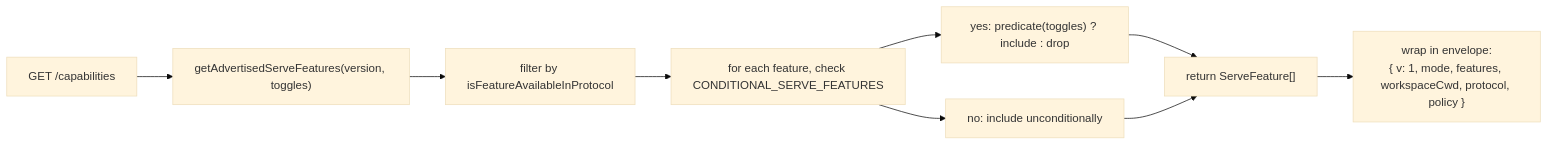
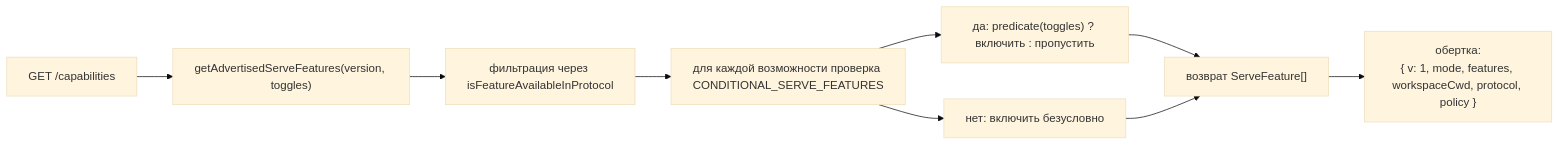
One commit to QwenLM/qwen-code-docs changed the first of 2 diagrams in website/content/ru/developers/daemon/11-capabilities-versioning.md. Above: the diagram before and after it, drawn with Mermaid (base theme). The commit also changed other lines of this file and 162 other files, not shown here.

````diff
--- a/website/content/ru/developers/daemon/11-capabilities-versioning.md
+++ b/website/content/ru/developers/daemon/11-capabilities-versioning.md
@@ -118,11 +128,11 @@
 ```mermaid
 flowchart LR
     A["GET /capabilities"] --> B["getAdvertisedServeFeatures(version, toggles)"]
-    B --> C["filter by isFeatureAvailableInProtocol"]
-    C --> D["for each feature, check CONDITIONAL_SERVE_FEATURES"]
-    D --> E["yes: predicate(toggles) ? include : drop"]
-    D --> F["no: include unconditionally"]
-    E --> G["return ServeFeature[]"]
+    B --> C["фильтрация через isFeatureAvailableInProtocol"]
+    C --> D["для каждой возможности проверка CONDITIONAL_SERVE_FEATURES"]
+    D --> E["да: predicate(toggles) ? включить : пропустить"]
+    D --> F["нет: включить безусловно"]
+    E --> G["возврат ServeFeature[]"]
     F --> G
-    G --> H["wrap in envelope:<br/>{ v: 1, mode, features, workspaceCwd, protocol, policy }"]
+    G --> H["обертка:<br/>{ v: 1, mode, features, workspaceCwd, protocol, policy }"]
 ```
````
